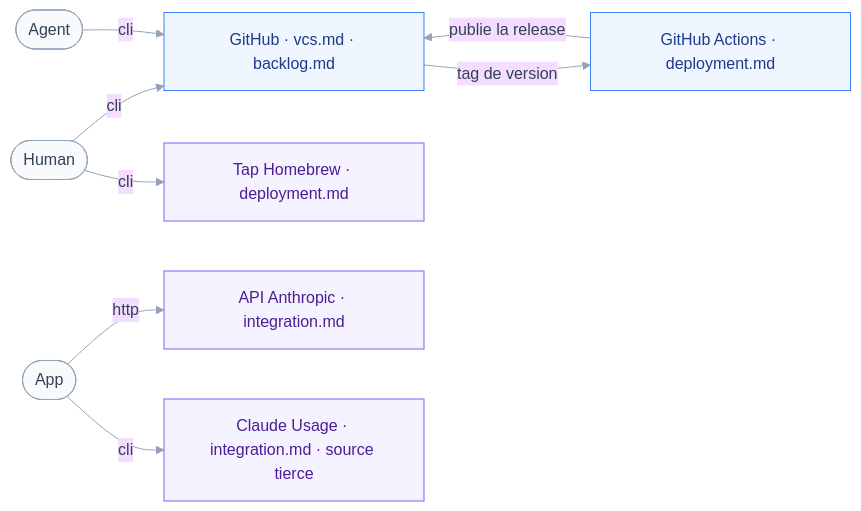
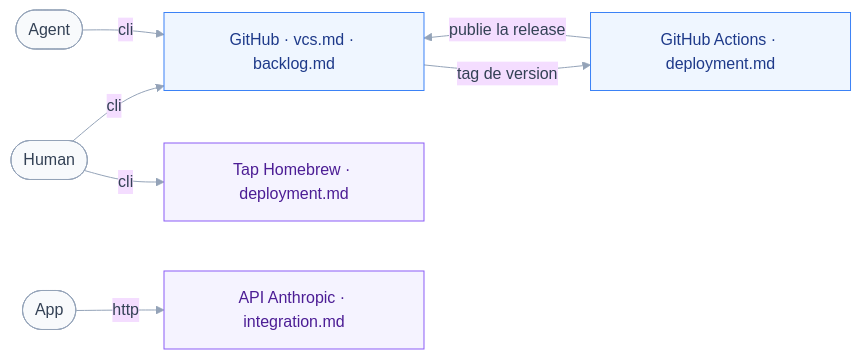
One commit to bryanbergerprojects/claudit changed the diagram in aidd_docs/memory/ecosystem.md. Above: the diagram before and after it, drawn with Mermaid. The commit also changed 7 other files, not shown here.

First line of the commit message:
docs: add roadmap and drop usage.db dependency

````diff
--- a/aidd_docs/memory/ecosystem.md
+++ b/aidd_docs/memory/ecosystem.md
@@ -14,29 +14,27 @@
 ```mermaid
 %%{init: {'theme':'base','themeVariables':{'fontFamily':'ui-sans-serif, system-ui, sans-serif','lineColor':'#94a3b8','primaryTextColor':'#334155'}}}%%
 flowchart LR
     Human([Human])
     Agent([Agent])
     App([App])
     Github["GitHub · vcs.md · backlog.md"]
     Actions["GitHub Actions · deployment.md"]
     Brew["Tap Homebrew · deployment.md"]
     Anthropic["API Anthropic · integration.md"]
-    Usage["Claude Usage · integration.md · source tierce"]
 
     Human -- cli --> Github
     Agent -- cli --> Github
     Human -- cli --> Brew
     App -- http --> Anthropic
-    App -- cli --> Usage
 
     Github -- "tag de version" --> Actions
     Actions -- "publie la release" --> Github
 
     classDef neutre fill:#f8fafc,stroke:#94a3b8,color:#334155
     classDef bleu fill:#eff6ff,stroke:#3b82f6,color:#1e3a8a
     classDef violet fill:#f5f3ff,stroke:#8b5cf6,color:#4c1d95
 
     class Human,Agent,App neutre
     class Github,Actions bleu
-    class Brew,Anthropic,Usage violet
+    class Brew,Anthropic violet
 ```
````
